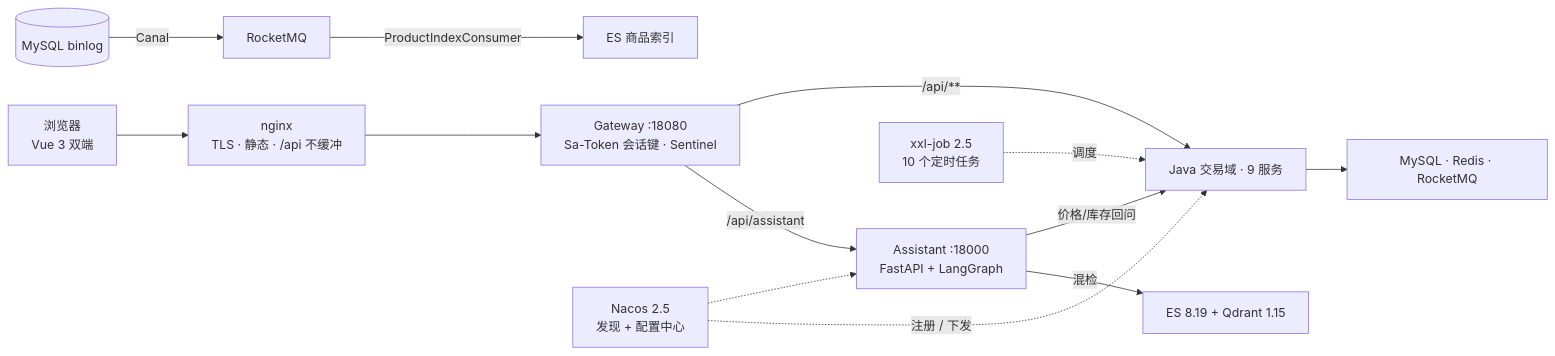
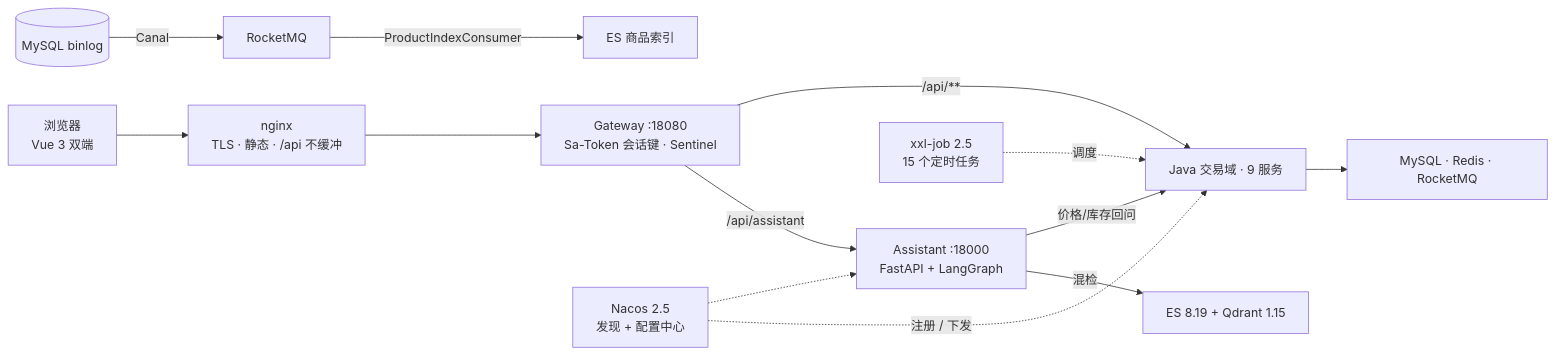
Before and after one commit to LittleSongxx/ParingBot: the diagram in README.md, drawn with Mermaid. The commit also changed other lines of this file and 47 other files, not shown here.

````diff
--- a/README.md
+++ b/README.md
@@ -138,14 +138,14 @@
 ```mermaid
 flowchart LR
   B["浏览器<br/>Vue 3 双端"] --> N["nginx<br/>TLS · 静态 · /api 不缓冲"]
   N --> G["Gateway :18080<br/>Sa-Token 会话键 · Sentinel"]
   G -->|/api/assistant| A["Assistant :18000<br/>FastAPI + LangGraph"]
   G -->|/api/**| J["Java 交易域 · 9 服务"]
   A -->|混检| R["ES 8.19 + Qdrant 1.15"]
   A -->|价格/库存回问| J
   J --> D["MySQL · Redis · RocketMQ"]
   M[("MySQL binlog")] -->|Canal| Q["RocketMQ"] -->|ProductIndexConsumer| E["ES 商品索引"]
-  X["xxl-job 2.5<br/>10 个定时任务"] -.->|调度| J
+  X["xxl-job 2.5<br/>15 个定时任务"] -.->|调度| J
   C["Nacos 2.5<br/>发现 + 配置中心"] -.->|注册 / 下发| J
   C -.-> A
 ```
````
